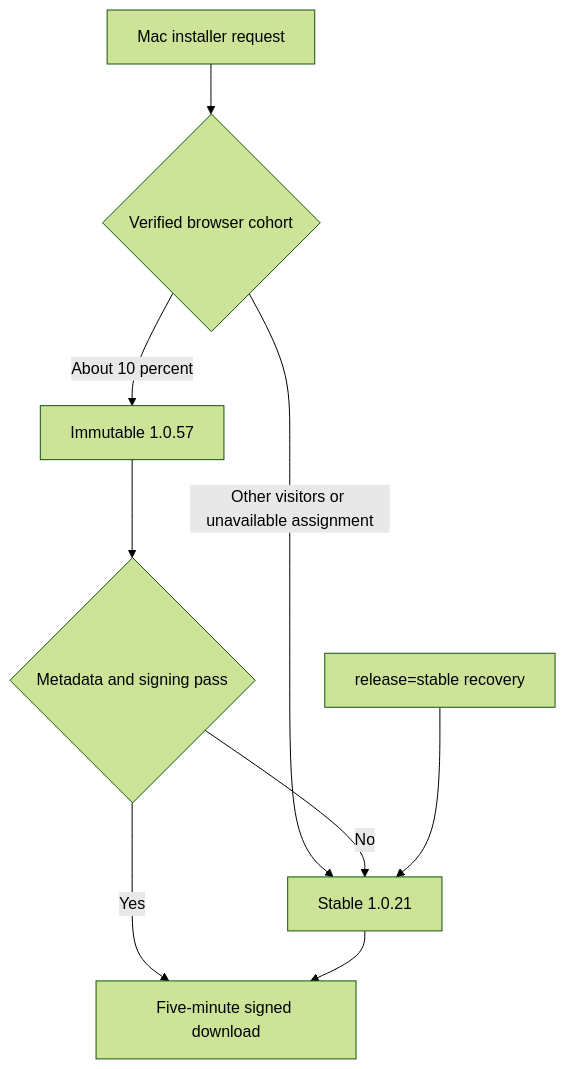
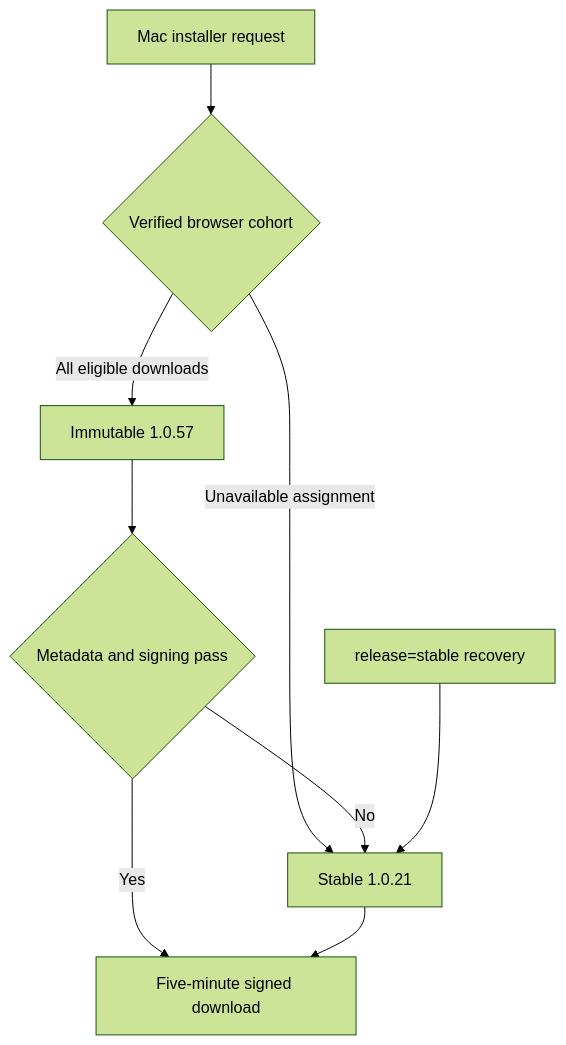
One commit to alexgmov/Sidestream-Website changed the diagram in docs/mac-download-rollout.md. Above: the diagram before and after it, drawn with Mermaid (forest theme). The commit also changed other lines of this file and 2 other files, not shown here.

Commit message:
Serve Mac 1.0.57 installer to all normal download visitors

````diff
--- a/docs/mac-download-rollout.md
+++ b/docs/mac-download-rollout.md
@@ -31,11 +39,11 @@
 ```mermaid
 flowchart TD
   A[Mac installer request] --> B{Verified browser cohort}
-  B -->|About 10 percent| C[Immutable 1.0.57]
-  B -->|Other visitors or unavailable assignment| D[Stable 1.0.21]
+  B -->|All eligible downloads| C[Immutable 1.0.57]
+  B -->|Unavailable assignment| D[Stable 1.0.21]
   C --> E{Metadata and signing pass}
   E -->|No| D
   E -->|Yes| F[Five-minute signed download]
   D --> F
   G[release=stable recovery] --> D
 ```
````
